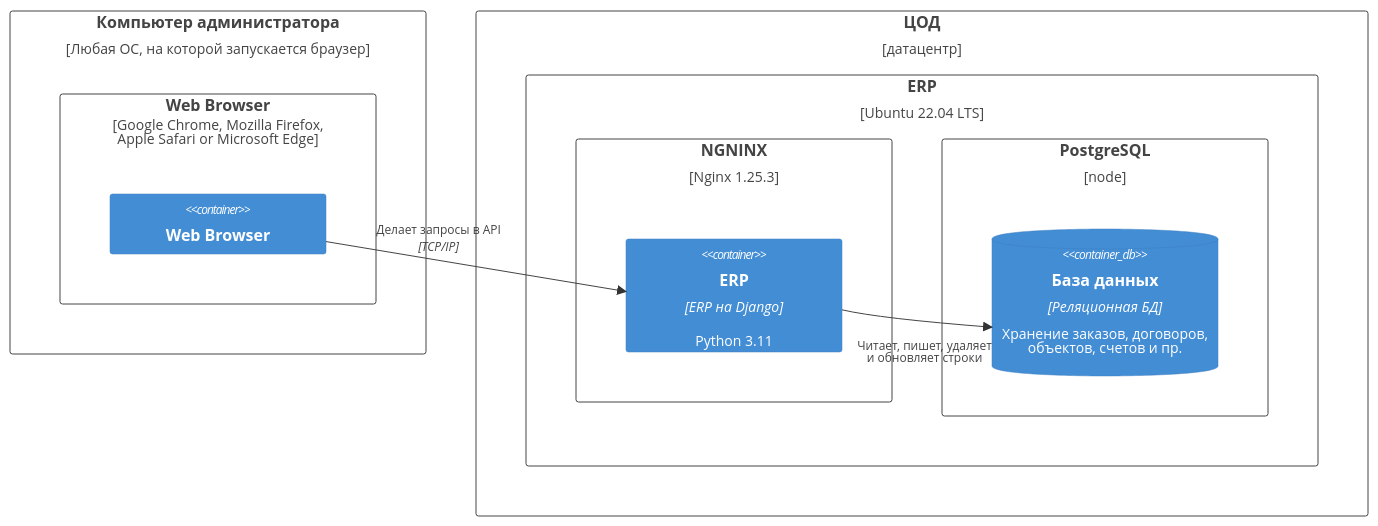
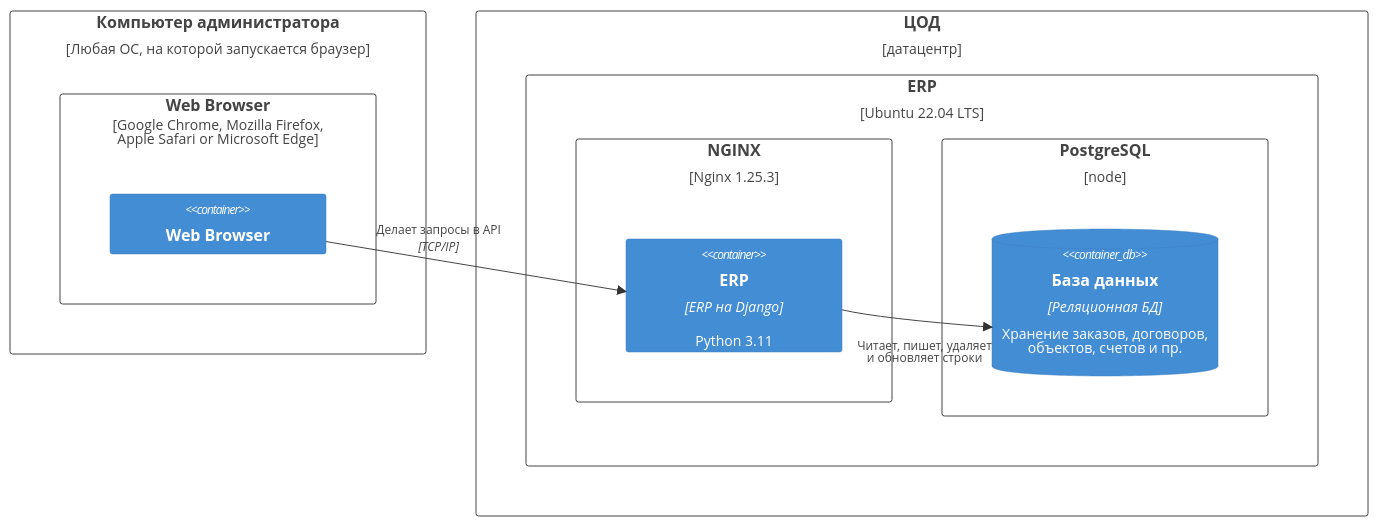
Before and after one commit to ContinentalGuy/otus-arch: the second of 6 diagrams in project/adr_1.md, drawn with Mermaid.

Commit message:
[project]: update adr 1

````diff
--- a/project/adr_1.md
+++ b/project/adr_1.md
@@ -25,24 +25,24 @@
 ```mermaid
 C4Deployment
     Deployment_Node(comp, "Компьютер администратора", "Любая ОС, на которой запускается браузер") {
         Deployment_Node(browser, "Web Browser", "Google Chrome, Mozilla Firefox,<br/> Apple Safari or Microsoft Edge") {
             Container(client, "Web Browser", "", "")
         }
     }
 
     Deployment_Node(plc, "ЦОД", "датацентр") {
         Deployment_Node(dn, "ERP", "Ubuntu 22.04 LTS") {
-            Deployment_Node(nginx, "NGNINX", "Nginx 1.25.3") {
+            Deployment_Node(nginx, "NGINX", "Nginx 1.25.3") {
                 Container(api, "ERP", "ERP на Django", "Python 3.11")
             }
             Deployment_Node(PostgreSQL, "PostgreSQL") {
                 ContainerDb(db, "База данных", "Реляционная БД", "Хранение заказов, договоров, <br> объектов, счетов и пр.")
             }
         }
     }
 
     Rel(client, api, "Делает запросы в API", "TCP/IP")
     Rel(api, db, "Читает, пишет, удаляет <br> и обновляет строки", "")
     UpdateRelStyle(client, api, $offsetY="-40", $offsetX="-100")
     UpdateRelStyle(api, db, $offsetY="30", $offsetX="-60")
 ```
````
